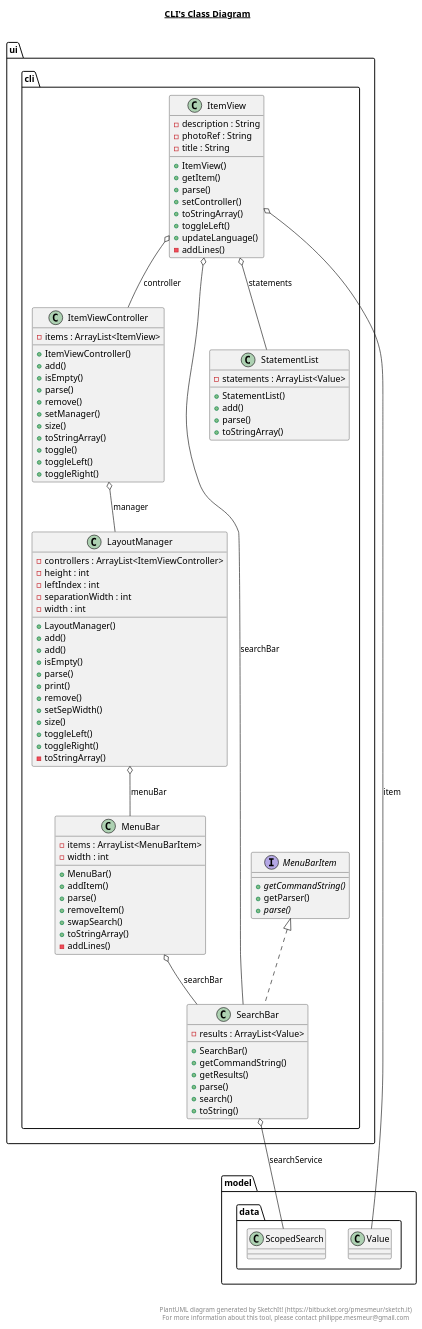
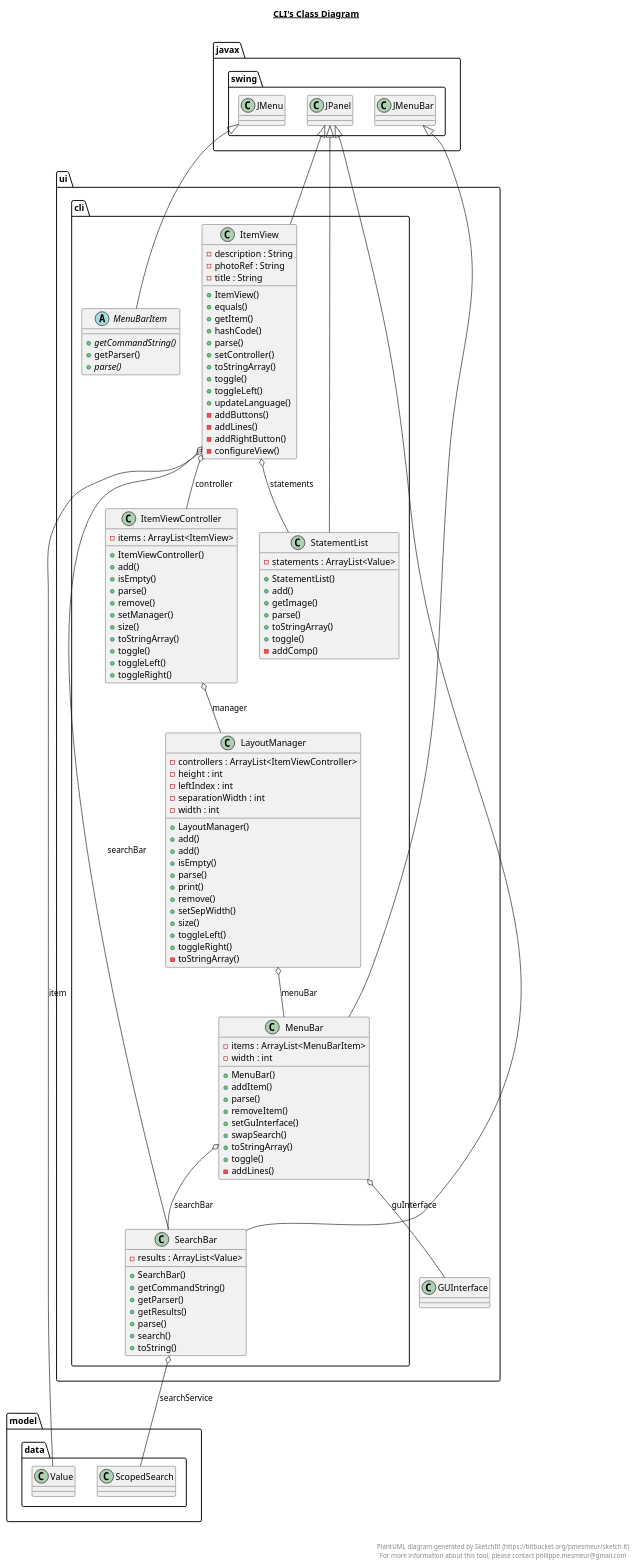
The diagram in src/main/ui/cli/cli.plantuml (Bryce-MW/WikidataExplorer), drawn with PlantUML before and after one commit. The commit also changed 8 other files, not shown here.

```diff
--- a/src/main/ui/cli/cli.plantuml
+++ b/src/main/ui/cli/cli.plantuml
@@ -1,143 +1,160 @@
 @startuml
 
 title __CLI's Class Diagram__\n
 
   namespace ui {
     namespace cli {
       class ui.cli.ItemView {
           - description : String
           - photoRef : String
           - title : String
           + ItemView()
+          + equals()
           + getItem()
+          + hashCode()
           + parse()
           + setController()
           + toStringArray()
+          + toggle()
           + toggleLeft()
           + updateLanguage()
+          - addButtons()
           - addLines()
+          - addRightButton()
+          - configureView()
       }
     }
   }
   
 
   namespace ui {
     namespace cli {
       class ui.cli.ItemViewController {
           - items : ArrayList<ItemView>
           + ItemViewController()
           + add()
           + isEmpty()
           + parse()
           + remove()
           + setManager()
           + size()
           + toStringArray()
           + toggle()
           + toggleLeft()
           + toggleRight()
       }
     }
   }
   
 
   namespace ui {
     namespace cli {
       class ui.cli.LayoutManager {
           - controllers : ArrayList<ItemViewController>
           - height : int
           - leftIndex : int
           - separationWidth : int
           - width : int
           + LayoutManager()
           + add()
           + add()
           + isEmpty()
           + parse()
           + print()
           + remove()
           + setSepWidth()
           + size()
           + toggleLeft()
           + toggleRight()
           - toStringArray()
       }
     }
   }
   
 
   namespace ui {
     namespace cli {
       class ui.cli.MenuBar {
           - items : ArrayList<MenuBarItem>
           - width : int
           + MenuBar()
           + addItem()
           + parse()
           + removeItem()
+          + setGuInterface()
           + swapSearch()
           + toStringArray()
+          + toggle()
           - addLines()
       }
     }
   }
   
 
   namespace ui {
     namespace cli {
-      interface ui.cli.MenuBarItem {
+      abstract class ui.cli.MenuBarItem {
           {abstract} + getCommandString()
           + getParser()
           {abstract} + parse()
       }
     }
   }
   
 
   namespace ui {
     namespace cli {
       class ui.cli.SearchBar {
           - results : ArrayList<Value>
           + SearchBar()
           + getCommandString()
+          + getParser()
           + getResults()
           + parse()
           + search()
           + toString()
       }
     }
   }
   
 
   namespace ui {
     namespace cli {
       class ui.cli.StatementList {
           - statements : ArrayList<Value>
           + StatementList()
           + add()
+          + getImage()
           + parse()
           + toStringArray()
+          + toggle()
+          - addComp()
       }
     }
   }
   
 
+  ui.cli.ItemView -up-|> javax.swing.JPanel
   ui.cli.ItemView o-- ui.cli.ItemViewController : controller
   ui.cli.ItemView o-- model.data.Value : item
   ui.cli.ItemView o-- ui.cli.SearchBar : searchBar
   ui.cli.ItemView o-- ui.cli.StatementList : statements
   ui.cli.ItemViewController o-- ui.cli.LayoutManager : manager
   ui.cli.LayoutManager o-- ui.cli.MenuBar : menuBar
+  ui.cli.MenuBar -up-|> javax.swing.JMenuBar
+  ui.cli.MenuBar o-- ui.GUInterface : guInterface
   ui.cli.MenuBar o-- ui.cli.SearchBar : searchBar
-  ui.cli.SearchBar .up.|> ui.cli.MenuBarItem
+  ui.cli.MenuBarItem -up-|> javax.swing.JMenu
+  ui.cli.SearchBar -up-|> javax.swing.JPanel
   ui.cli.SearchBar o-- model.data.ScopedSearch : searchService
+  ui.cli.StatementList -up-|> javax.swing.JPanel
 
 
 right footer
 
 
 PlantUML diagram generated by SketchIt! (https://bitbucket.org/pmesmeur/sketch.it)
 For more information about this tool, please contact philippe.mesmeur@gmail.com
 endfooter
 
 @enduml
```
